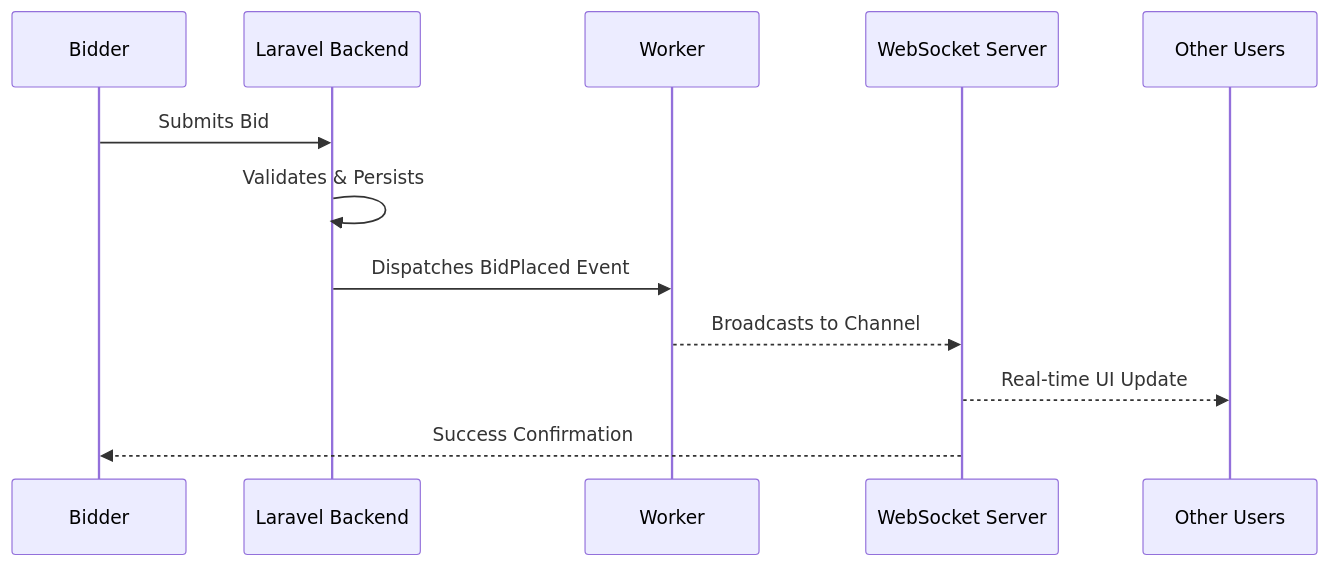
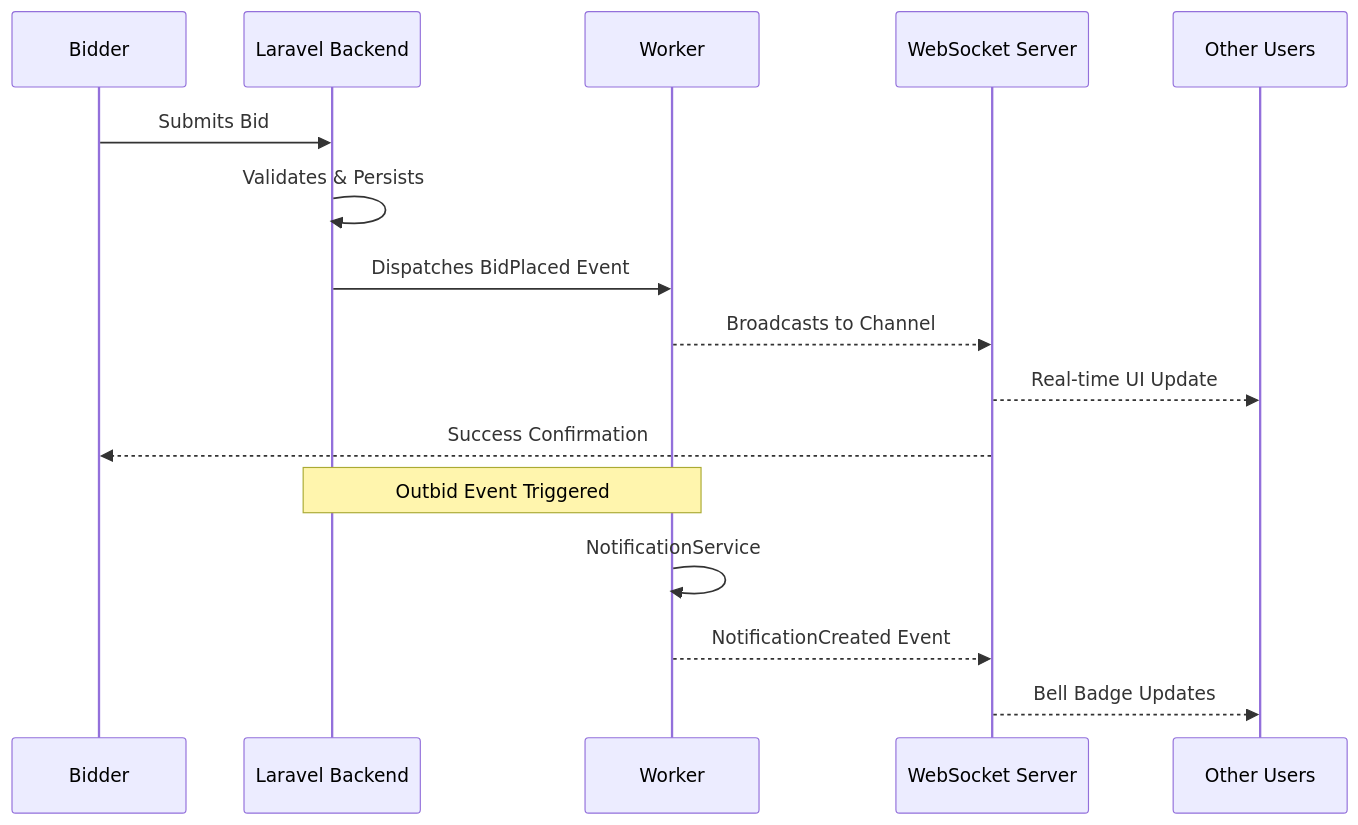
One commit to KenjiWriter/auctionhouse changed the diagram in README.md. Above: the diagram before and after it, drawn with Mermaid. The commit also changed other lines of this file, not shown here.

Commit message:
feat: introduce a notification center and expand smart notification types with new warnings and reminders.

````diff
--- a/README.md
+++ b/README.md
@@ -47,15 +48,20 @@
 ```mermaid
 sequenceDiagram
     participant User as Bidder
     participant App as Laravel Backend
     participant Queue as Worker
     participant Reverb as WebSocket Server
     participant Clients as Other Users
 
     User->>App: Submits Bid
     App->>App: Validates & Persists
     App->>Queue: Dispatches BidPlaced Event
     Queue-->>Reverb: Broadcasts to Channel
     Reverb-->>Clients: Real-time UI Update
     Reverb-->>User: Success Confirmation
+    
+    Note over App,Queue: Outbid Event Triggered
+    Queue->>Queue: NotificationService
+    Queue-->>Reverb: NotificationCreated Event
+    Reverb-->>Clients: Bell Badge Updates
 ```
````
